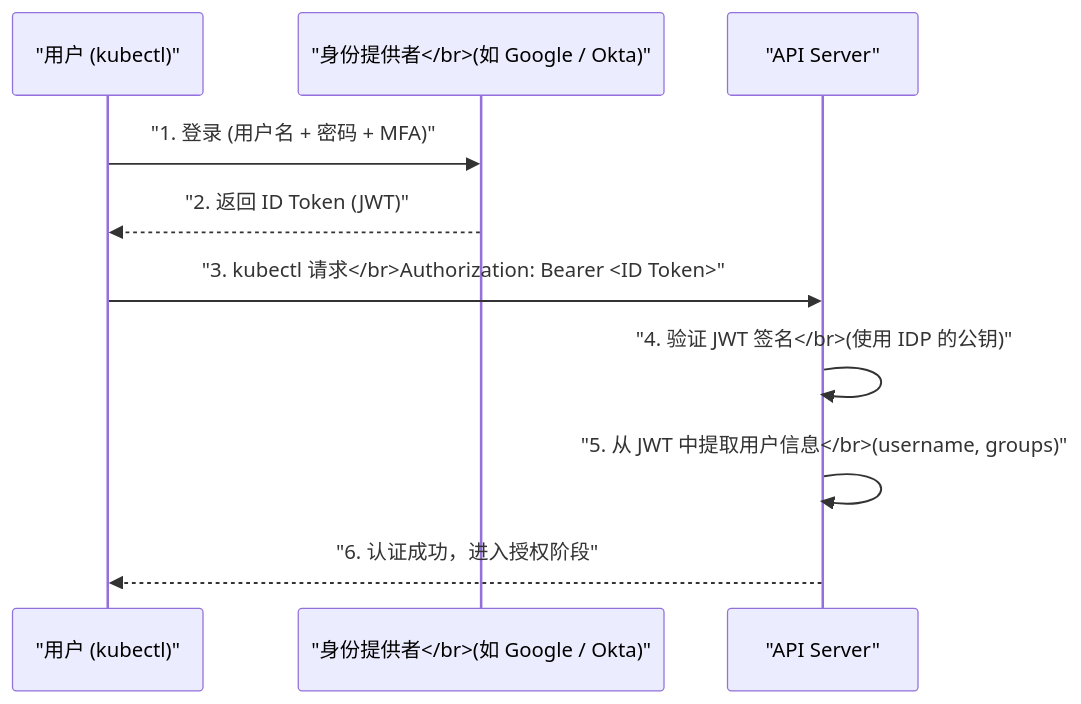
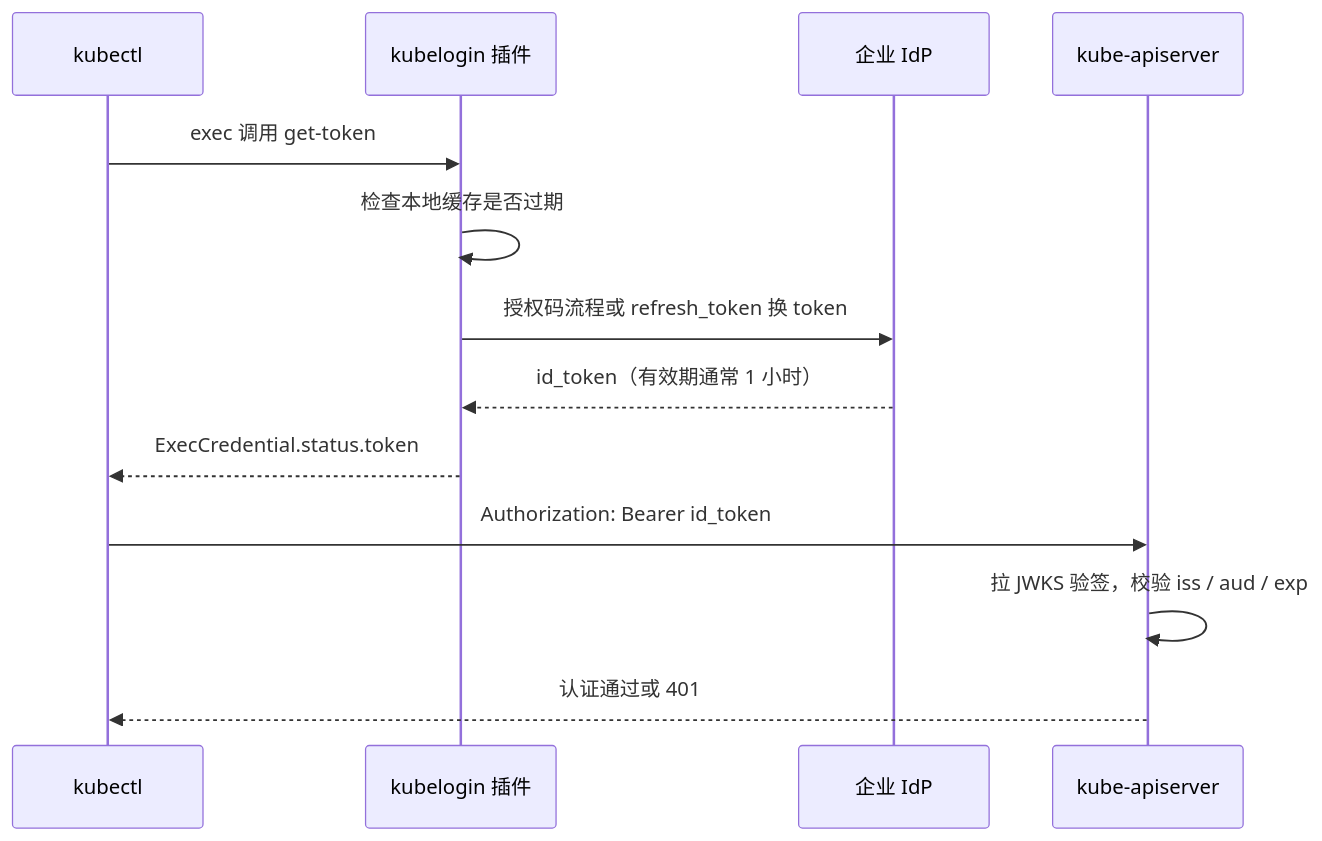
The fourth of 5 diagrams in content/云原生/Kubernetes/kubernetes之API Server/02 认证机制深度解析.md (hpliStartAgain/my-brain), drawn with Mermaid before and after one commit. The commit also changed other lines of this file and 455 other files, not shown here.

````diff
--- a/content/云原生/Kubernetes/kubernetes之API Server/02 认证机制深度解析.md
+++ b/content/云原生/Kubernetes/kubernetes之API Server/02 认证机制深度解析.md
@@ -211,14 +255,16 @@
 ```mermaid
 %%{init: {'theme': 'dracula'}}%%
 sequenceDiagram
-    participant User as "用户 (kubectl)"
-    participant IDP as "身份提供者</br>(如 Google / Okta)"
-    participant API as "API Server"
-
-    User->>IDP: "1. 登录 (用户名 + 密码 + MFA)"
-    IDP-->>User: "2. 返回 ID Token (JWT)"
-    User->>API: "3. kubectl 请求</br>Authorization: Bearer <ID Token>"
-    API->>API: "4. 验证 JWT 签名</br>(使用 IDP 的公钥)"
-    API->>API: "5. 从 JWT 中提取用户信息</br>(username, groups)"
-    API-->>User: "6. 认证成功，进入授权阶段"
+    participant U as kubectl
+    participant P as kubelogin 插件
+    participant I as 企业 IdP
+    participant A as kube-apiserver
+    U->>P: exec 调用 get-token
+    P->>P: 检查本地缓存是否过期
+    P->>I: 授权码流程或 refresh_token 换 token
+    I-->>P: id_token（有效期通常 1 小时）
+    P-->>U: ExecCredential.status.token
+    U->>A: Authorization: Bearer id_token
+    A->>A: 拉 JWKS 验签，校验 iss / aud / exp
+    A-->>U: 认证通过或 401
 ```
````
